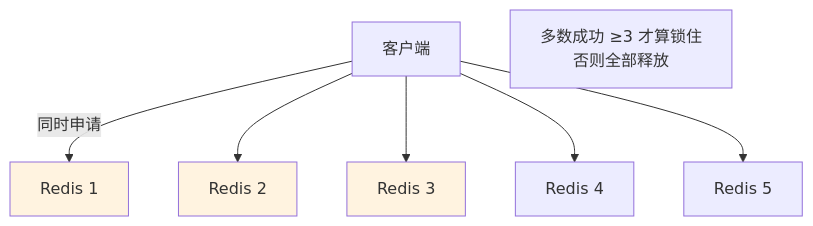
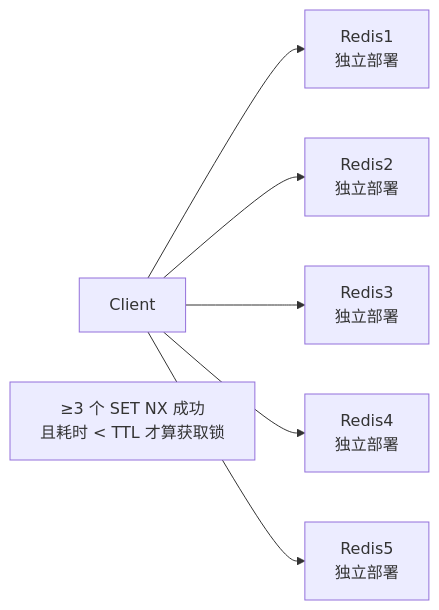
The fifth of 11 diagrams in docs/10.真经/05.方案设计思想/15.分布式锁方案设计.md (chongyang211/YCBookBlog), drawn with Mermaid before and after one commit. The commit also changed other lines of this file and 36 other files, not shown here.

````diff
--- a/docs/10.真经/05.方案设计思想/15.分布式锁方案设计.md
+++ b/docs/10.真经/05.方案设计思想/15.分布式锁方案设计.md
@@ -245,14 +211,9 @@
 ```mermaid
-graph TB
-    Client[客户端] -->|同时申请| R1[Redis 1]
-    Client --> R2[Redis 2]
-    Client --> R3[Redis 3]
-    Client --> R4[Redis 4]
-    Client --> R5[Redis 5]
-    
-    Note[多数成功 ≥3 才算锁住<br/>否则全部释放]
-    
-    style R1 fill:#fff3e0
-    style R2 fill:#fff3e0
-    style R3 fill:#fff3e0
+graph LR
+    Client --> R1[Redis1<br/>独立部署]
+    Client --> R2[Redis2<br/>独立部署]
+    Client --> R3[Redis3<br/>独立部署]
+    Client --> R4[Redis4<br/>独立部署]
+    Client --> R5[Redis5<br/>独立部署]
+    Note[≥3 个 SET NX 成功<br/>且耗时 < TTL 才算获取锁]
 ```
````
